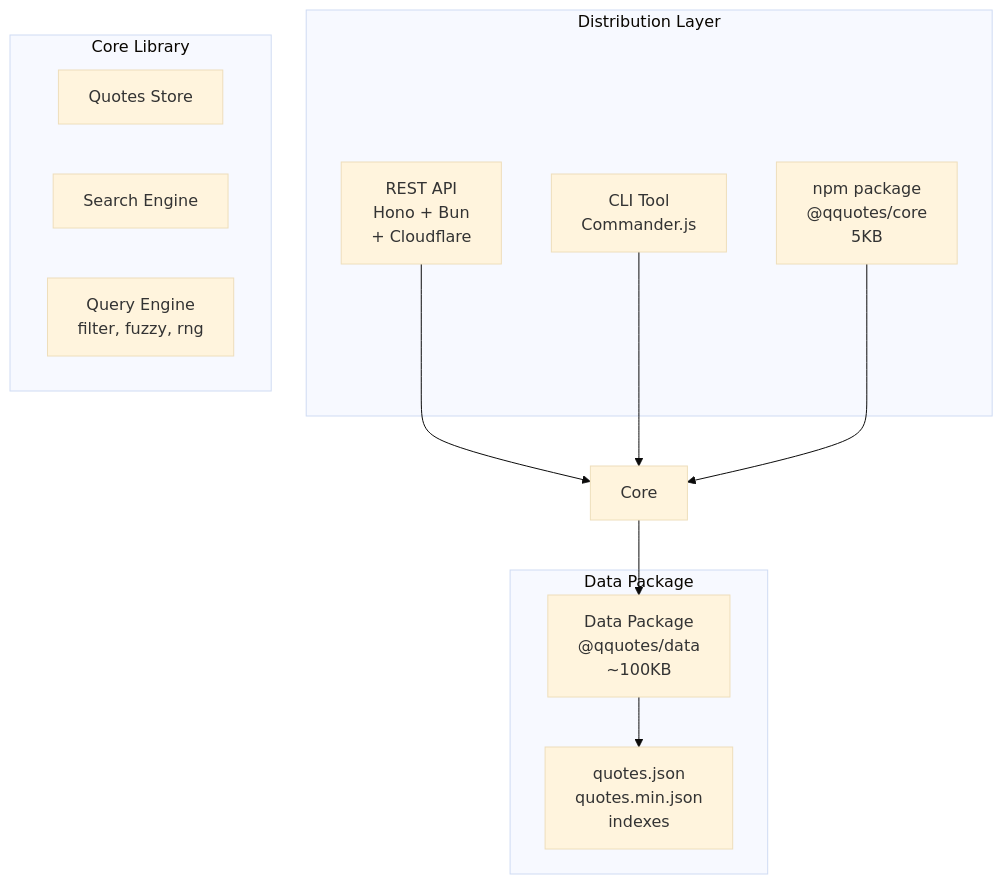
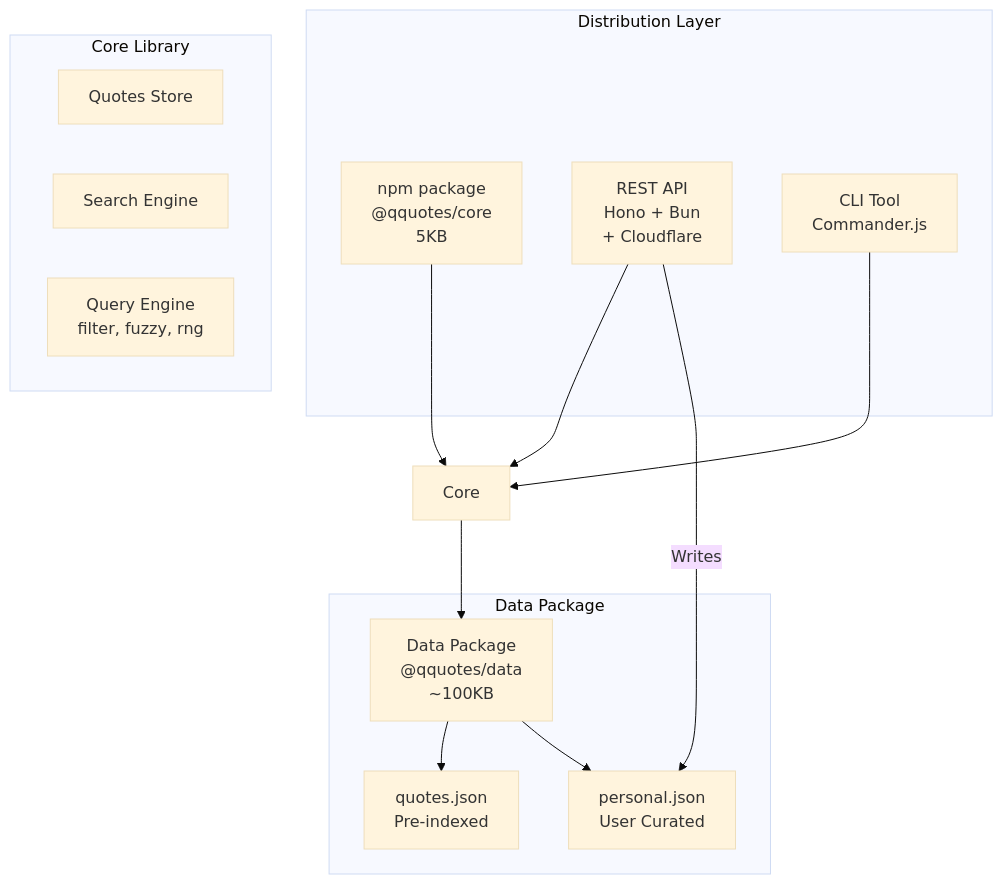
One commit to jerdaw/qquotes changed the diagram in docs/architecture/system-design.md. Above: the diagram before and after it, drawn with Mermaid (base theme). The commit also changed other lines of this file and 27 other files, not shown here.

````diff
--- a/docs/architecture/system-design.md
+++ b/docs/architecture/system-design.md
@@ -5,25 +5,28 @@
 ```mermaid
 graph TD
     subgraph Distribution Layer
         NPM[npm package<br>@qquotes/core<br>5KB]
         API[REST API<br>Hono + Bun<br>+ Cloudflare]
         CLI[CLI Tool<br>Commander.js]
     end
 
     subgraph Core Library
         Store[Quotes Store]
         Search[Search Engine]
         Query[Query Engine<br>filter, fuzzy, rng]
     end
 
     subgraph Data Package
         Data[Data Package<br>@qquotes/data<br>~100KB]
-        Files[quotes.json<br>quotes.min.json<br>indexes]
+        SystemFiles[quotes.json<br>Pre-indexed]
+        PersonalFile[personal.json<br>User Curated]
     end
 
     API --> Core
     CLI --> Core
     NPM --> Core
     Core --> Data
-    Data --> Files
+    Data --> SystemFiles
+    Data --> PersonalFile
+    API -- Writes --> PersonalFile
 ```
````
